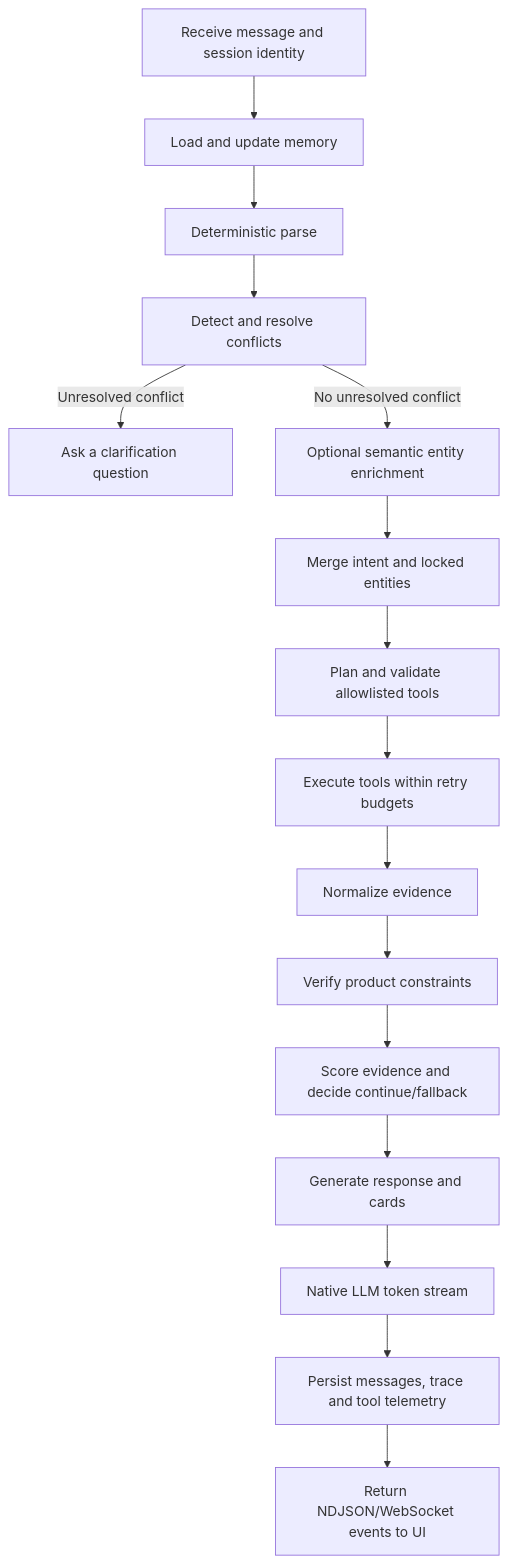
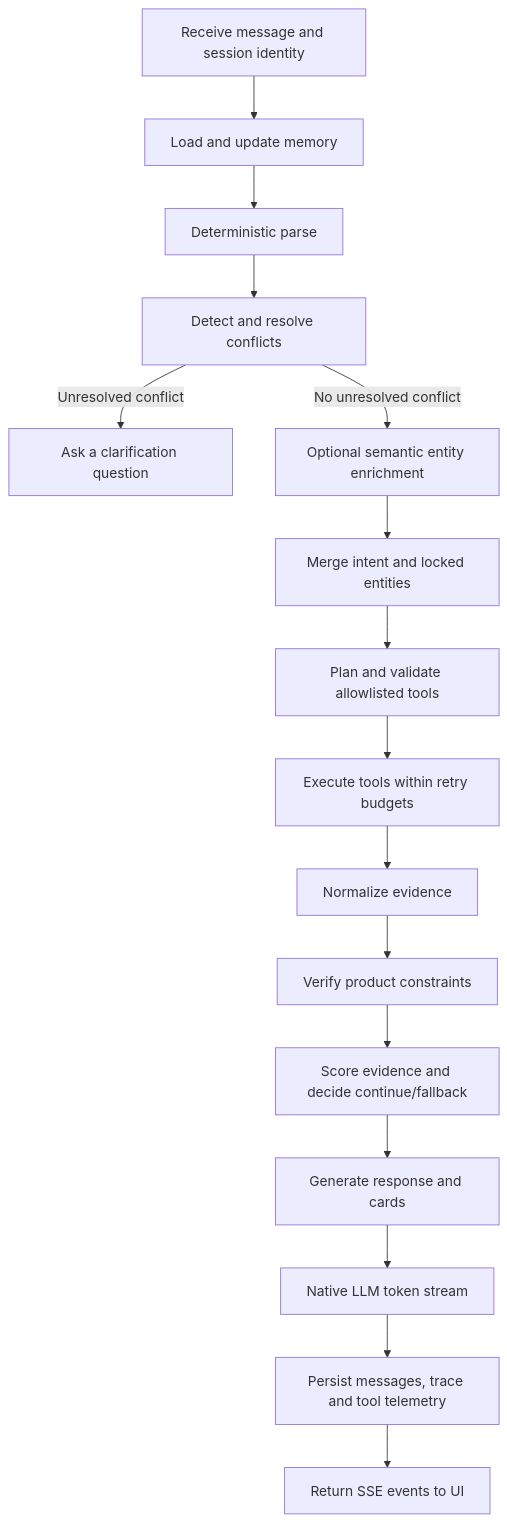
Before and after one commit to quyendzvaio/shopquanao: the second of 4 diagrams in docs/SRS_Chatbot_ISO_IEC_IEEE_29148_2018.md, drawn with Mermaid. The commit also changed other lines of this file and 518 other files, not shown here.

````diff
--- a/docs/SRS_Chatbot_ISO_IEC_IEEE_29148_2018.md
+++ b/docs/SRS_Chatbot_ISO_IEC_IEEE_29148_2018.md
@@ -121,18 +123,18 @@
 ```mermaid
 flowchart TD
     A[Receive message and session identity] --> B[Load and update memory]
     B --> C[Deterministic parse]
     C --> D[Detect and resolve conflicts]
     D -->|Unresolved conflict| E[Ask a clarification question]
     D -->|No unresolved conflict| F[Optional semantic entity enrichment]
     F --> G[Merge intent and locked entities]
     G --> H[Plan and validate allowlisted tools]
     H --> I[Execute tools within retry budgets]
     I --> J[Normalize evidence]
     J --> K[Verify product constraints]
     K --> L[Score evidence and decide continue/fallback]
     L --> M[Generate response and cards]
     M --> N[Native LLM token stream]
     N --> O[Persist messages, trace and tool telemetry]
-    O --> P[Return NDJSON/WebSocket events to UI]
+    O --> P[Return SSE events to UI]
 ```
````
